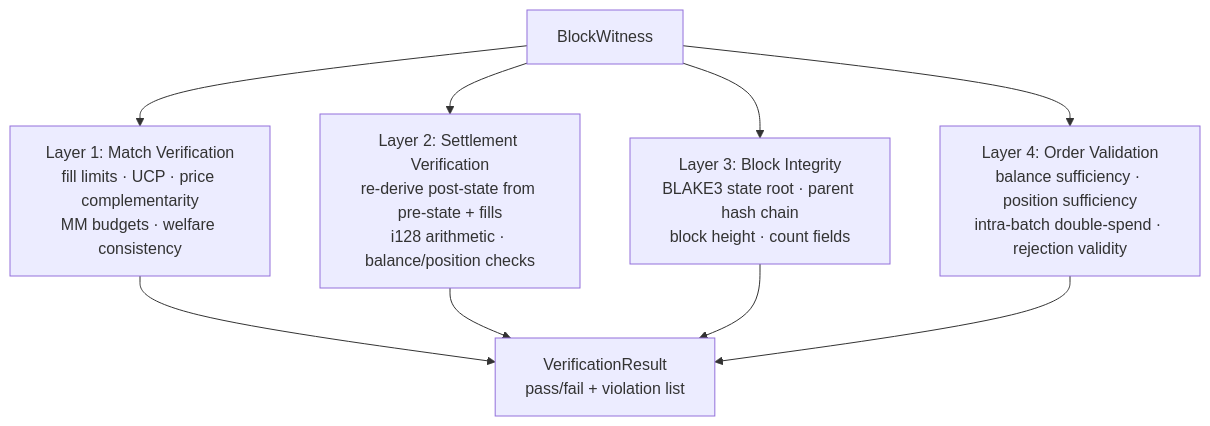
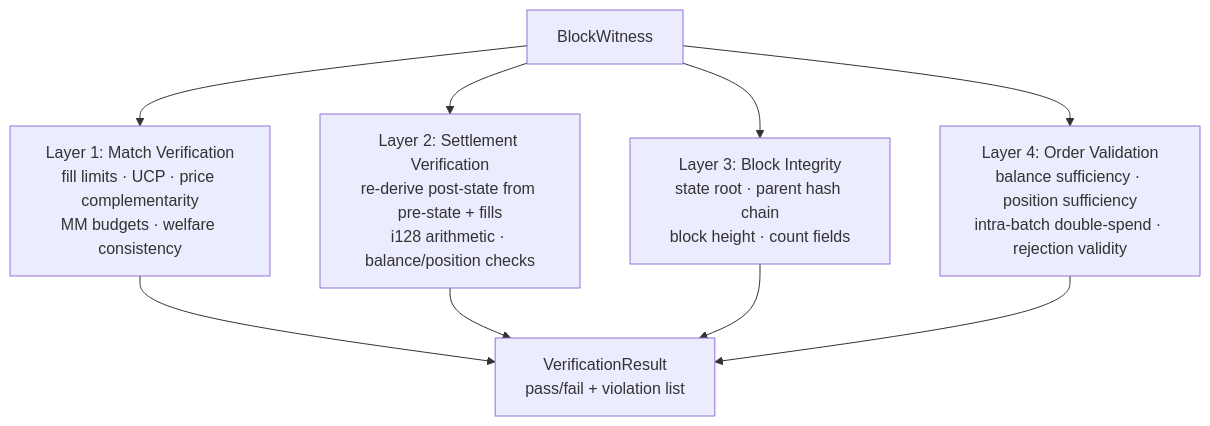
One commit to MetaB0y/sybil changed the diagram in docs/architecture/Four-Layer Verification.md. Above: the diagram before and after it, drawn with Mermaid. The commit also changed other lines of this file and 8 other files, not shown here.

Commit message:
docs: define typed qmdb state root schema

````diff
--- a/docs/architecture/Four-Layer Verification.md
+++ b/docs/architecture/Four-Layer Verification.md
@@ -19,9 +19,9 @@
 ```mermaid
 graph TB
     WITNESS["BlockWitness"]
     WITNESS --> L1["Layer 1: Match Verification<br/>fill limits · UCP · price complementarity<br/>MM budgets · welfare consistency"]
     WITNESS --> L2["Layer 2: Settlement Verification<br/>re-derive post-state from pre-state + fills<br/>i128 arithmetic · balance/position checks"]
-    WITNESS --> L3["Layer 3: Block Integrity<br/>BLAKE3 state root · parent hash chain<br/>block height · count fields"]
+    WITNESS --> L3["Layer 3: Block Integrity<br/>state root · parent hash chain<br/>block height · count fields"]
     WITNESS --> L4["Layer 4: Order Validation<br/>balance sufficiency · position sufficiency<br/>intra-batch double-spend · rejection validity"]
     L1 & L2 & L3 & L4 --> RESULT["VerificationResult<br/>pass/fail + violation list"]
 ```
````
